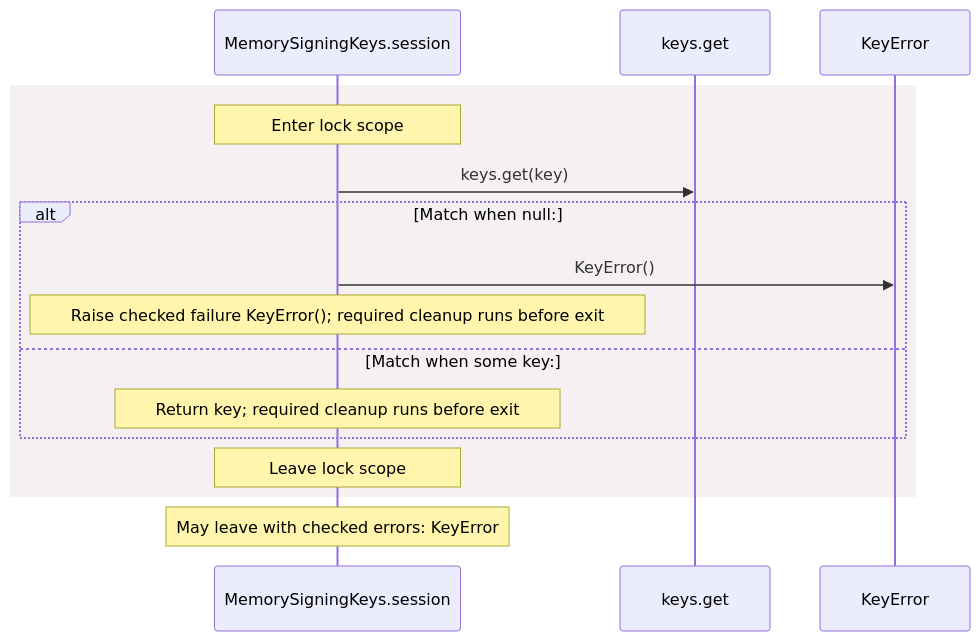
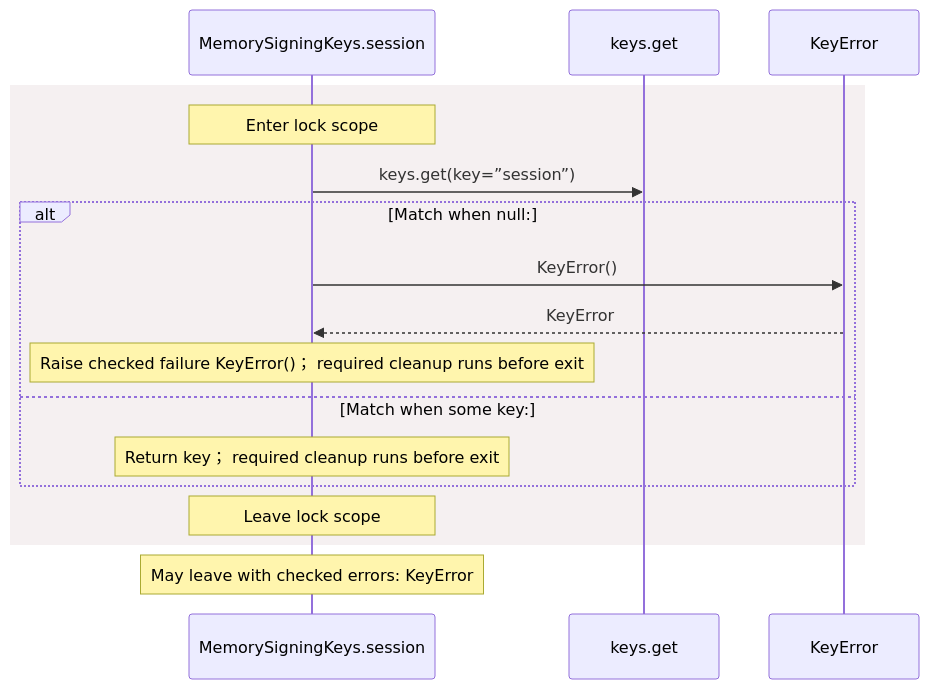
Before and after one commit to GreenPandaStudios/augscript: the sixth of 7 diagrams in docs/examples/oidc-login/common/keys-diagrams.md, drawn with Mermaid. The commit also changed other lines of this file and 524 other files, not shown here.

Commit message:
Explain checked data flow at folder and service levels

````diff
--- a/docs/examples/oidc-login/common/keys-diagrams.md
+++ b/docs/examples/oidc-login/common/keys-diagrams.md
@@ -186,18 +164,19 @@
 ```mermaid
 sequenceDiagram
     participant p0 as MemorySigningKeys.session
     participant p1 as keys.get
     participant p2 as KeyError
     rect rgb(245, 240, 241)
     Note over p0: Enter lock scope
-    p0->>p1: keys.get(key)
+    p0->>p1: keys.get(key=”session”)
     alt Match when null:
     p0->>p2: KeyError()
-    Note over p0: Raise checked failure KeyError()#59; required cleanup runs before exit
+    p2-->>p0: KeyError
+    Note over p0: Raise checked failure KeyError()； required cleanup runs before exit
     else Match when some key:
-    Note over p0: Return key#59; required cleanup runs before exit
+    Note over p0: Return key； required cleanup runs before exit
     end
     Note over p0: Leave lock scope
     end
     Note over p0: May leave with checked errors: KeyError
 ```
````
